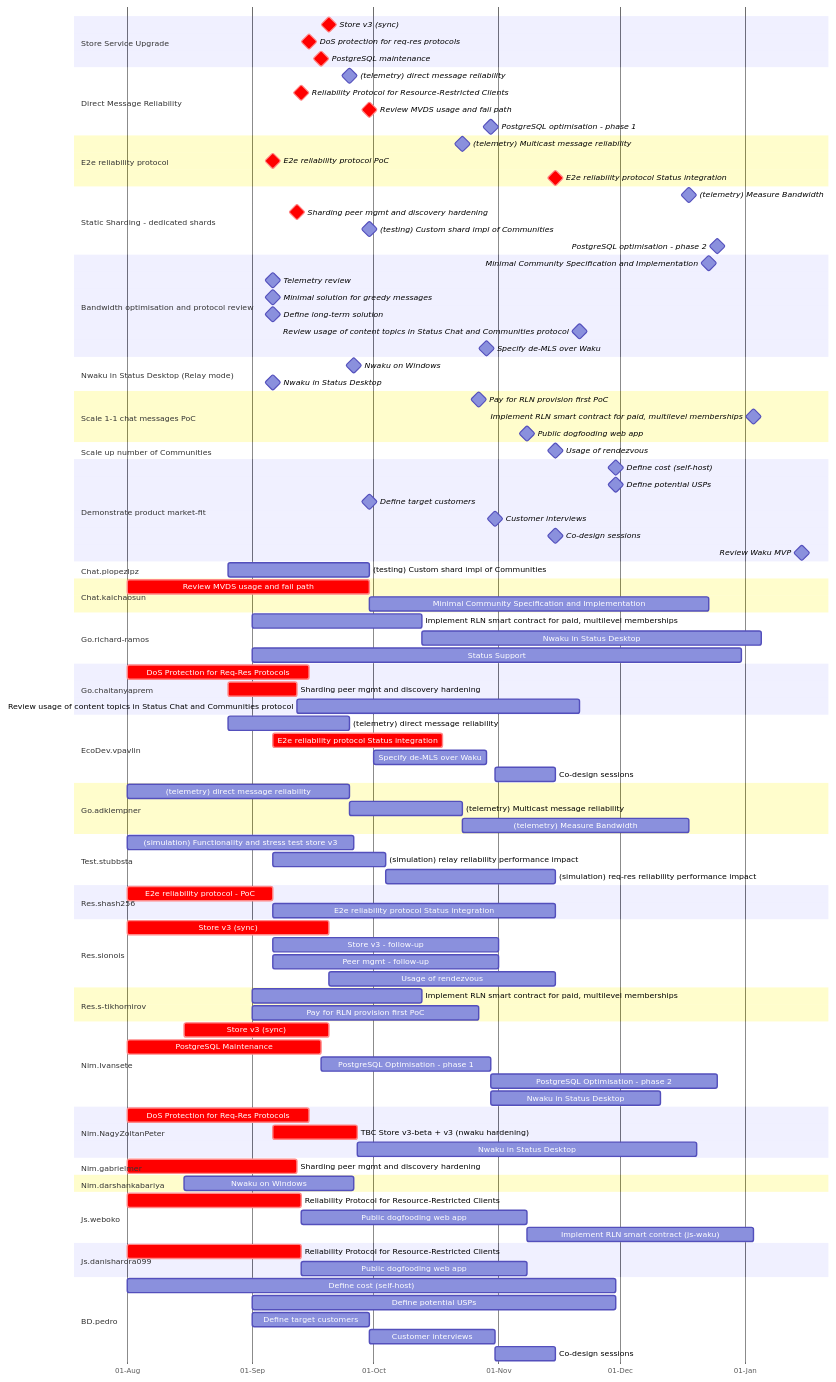
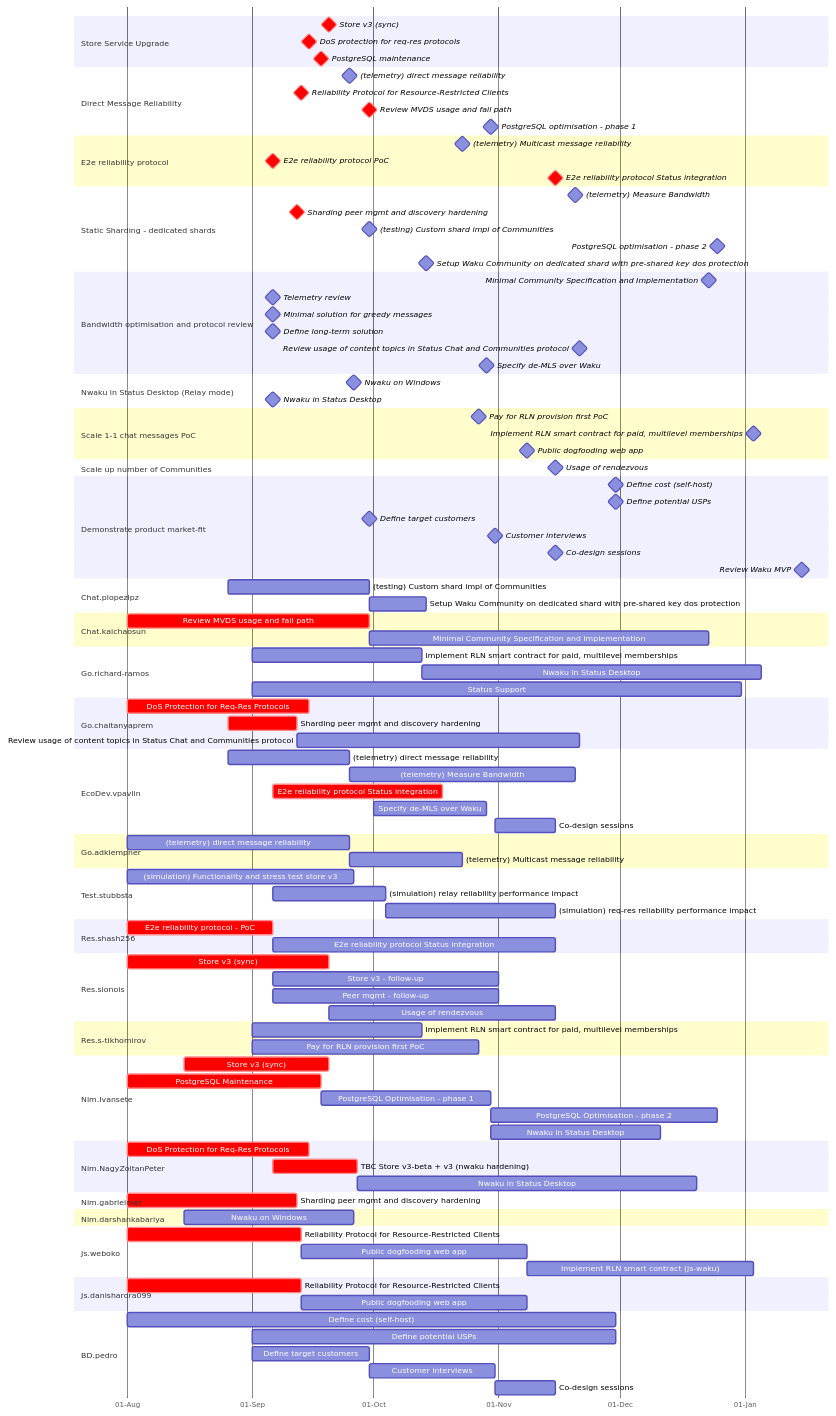
Before and after one commit to logos-co/roadmap: the diagram in content/waku/2024-gantt.md, drawn with Mermaid.

Commit message:
estimate

```diff
--- a/content/waku/2024-gantt.md
+++ b/content/waku/2024-gantt.md
@@ -41,6 +41,7 @@
         Sharding peer mgmt and discovery hardening: crit, milestone, after sh-peer-mgmt-n sh-peer-mgmt-g, 0
         (testing) Custom shard impl of Communities: milestone, after test-custom-shard, 0
         PostgreSQL optimisation - phase 2: milestone, after pgsql-opt-2, 0
+        Setup Waku Community on dedicated shard with pre-shared key dos protection: milestone, after waku-com, 0
     section Bandwidth optimisation and protocol review
         Minimal Community Specification and Implementation: milestone, after min-com-spec, 0
         %% TODO: schedule
@@ -69,6 +70,7 @@
 %% Tasks
     section Chat.plopezlpz
         (testing) Custom shard impl of Communities: test-custom-shard, 2024-08-26, 2024-09-30
+        Setup Waku Community on dedicated shard with pre-shared key dos protection: waku-com, after test-custom-shard, 2w
     section Chat.kaichaosun
         Review MVDS usage and fail path: crit, mvds, 2024-08-01, 2024-09-30
         Minimal Community Specification and Implementation: min-com-spec, after mvds, 12w
@@ -76,7 +78,6 @@
         Implement RLN smart contract for paid, multilevel memberships: rln-sc, 2024-09-01, 6w
         %% TODO: Estimate
         Nwaku in Status Desktop: nwaku-status-desktop-g, after rln-sc-d, 12w
-        %% TODO
         Status Support: status-support-rr, 2024-09-01, 2024-12-31
     section Go.chaitanyaprem
         DoS Protection for Req-Res Protocols: crit, dosreqres-g, 2024-08-01, 2024-09-15
@@ -84,6 +85,7 @@
         Review usage of content topics in Status Chat and Communities protocol: cont-topic-r, after sh-peer-mgmt-g, 10w
     section EcoDev.vpavlin
         (telemetry) direct message reliability: telem-d-msg-rel-1, 2024-08-26, 2024-09-25
+        (telemetry) Measure Bandwidth: telem-bandwidth, after telem-d-msg-rel-1, 8w
         %% TODO: do bandwidth telemetry?
         E2e reliability protocol Status integration: crit, e2e-rel-status-g, after e2e-rel-r, 6w
         %% TODO: fit that properly
@@ -91,9 +93,7 @@
         Co-design sessions: codesign-bd, after cust-int, 2024-11-15
     section Go.adklempner
         (telemetry) direct message reliability: telem-d-msg-rel-2, 2024-08-01, 2024-09-25
-        %% TODO: this deliverable needs to be reviewed, bw should be prioritized
         (telemetry) Multicast message reliability: telem-m-msg-rel, after telem-d-msg-rel-2, 4w
-        (telemetry) Measure Bandwidth: telem-bandwidth, after telem-m-msg-rel, 8w
     section Test.stubbsta
         %% TODO Review estimate
         (simulation) Functionality and stress test store v3: sim-storev3, 2024-08-01, 8w
```
